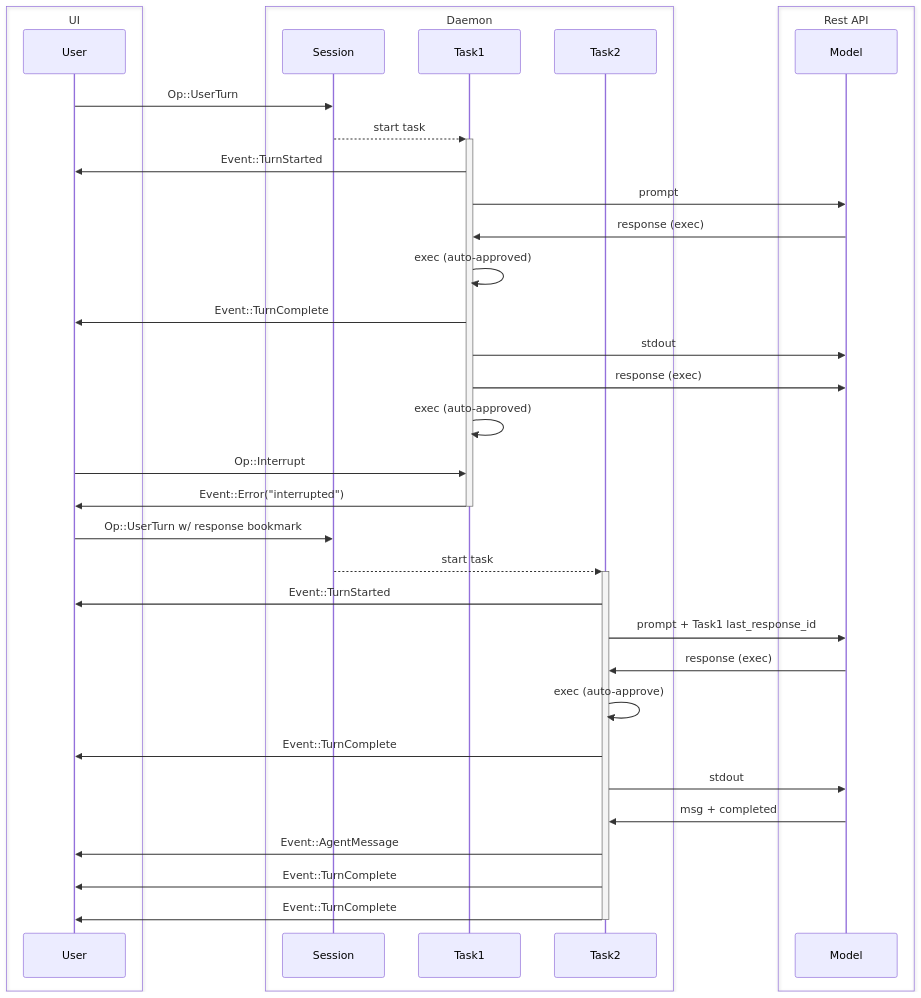
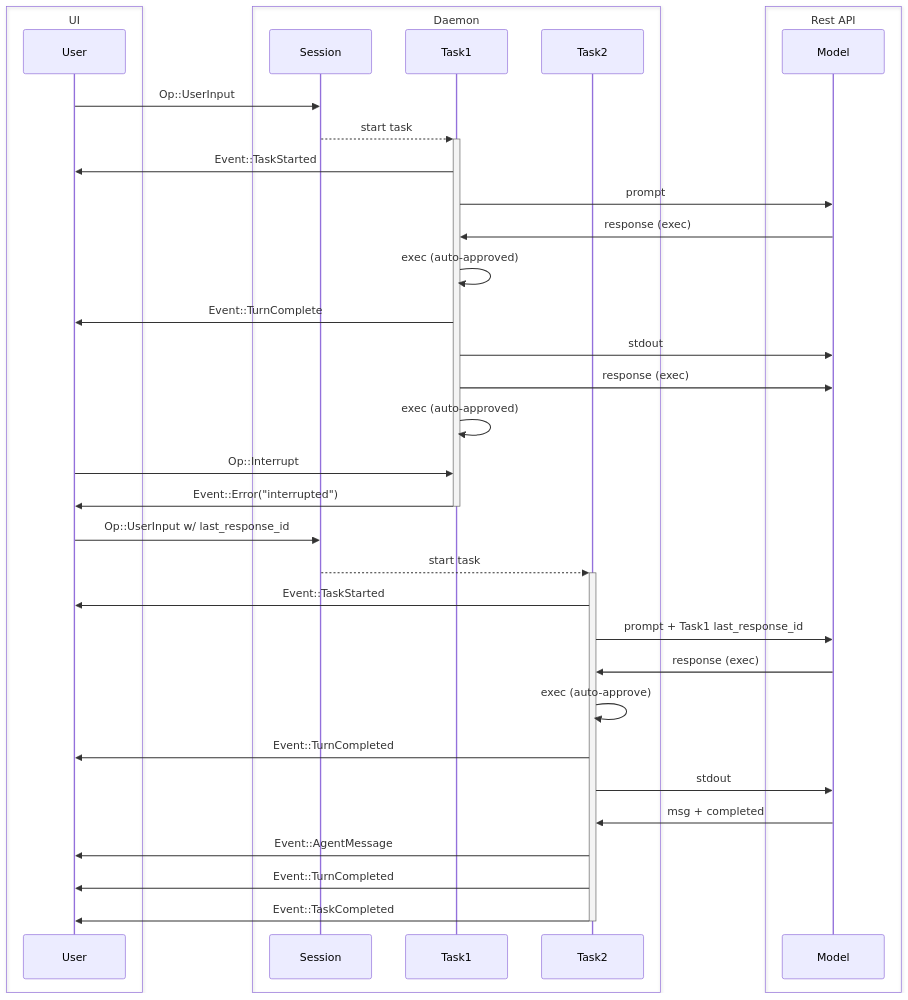
Before and after one commit to openai/codex: the second of 2 diagrams in codex-rs/docs/protocol_v1.md, drawn with Mermaid. The commit also changed other lines of this file and 2368 other files, not shown here.

````diff
--- a/codex-rs/docs/protocol_v1.md
+++ b/codex-rs/docs/protocol_v1.md
@@ -159,38 +138,38 @@
 ```mermaid
 sequenceDiagram
     box UI
     participant user as User
     end
     box Daemon
     participant session as Session
     participant task1 as Task1
     participant task2 as Task2
     end
     box Rest API
     participant agent as Model
     end
-    user->>session: Op::UserTurn
+    user->>session: Op::UserInput
     session-->>+task1: start task
-    task1->>user: Event::TurnStarted
+    task1->>user: Event::TaskStarted
     task1->>agent: prompt
     agent->>task1: response (exec)
     task1->>task1: exec (auto-approved)
     task1->>user: Event::TurnComplete
     task1->>agent: stdout
     task1->>agent: response (exec)
     task1->>task1: exec (auto-approved)
     user->>task1: Op::Interrupt
     task1->>-user: Event::Error("interrupted")
-    user->>session: Op::UserTurn w/ response bookmark
+    user->>session: Op::UserInput w/ last_response_id
     session-->>+task2: start task
-    task2->>user: Event::TurnStarted
+    task2->>user: Event::TaskStarted
     task2->>agent: prompt + Task1 last_response_id
     agent->>task2: response (exec)
     task2->>task2: exec (auto-approve)
-    task2->>user: Event::TurnComplete
+    task2->>user: Event::TurnCompleted
     task2->>agent: stdout
     agent->>task2: msg + completed
     task2->>user: Event::AgentMessage
-    task2->>user: Event::TurnComplete
-    task2->>-user: Event::TurnComplete
+    task2->>user: Event::TurnCompleted
+    task2->>-user: Event::TaskCompleted
 ```
````
